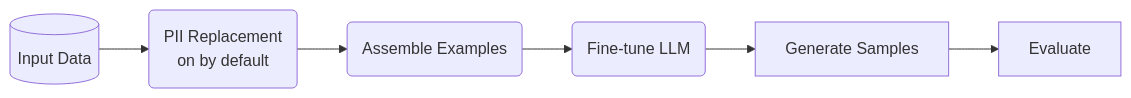
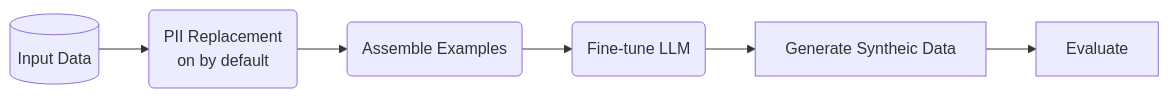
One commit to NVIDIA-NeMo/Safe-Synthesizer changed the diagram in docs/product-overview/pipeline.md. Above: the diagram before and after it, drawn with Mermaid. The commit also changed other lines of this file and 2 other files, not shown here.

````diff
--- a/docs/product-overview/pipeline.md
+++ b/docs/product-overview/pipeline.md
@@ -18,9 +18,9 @@
 ```mermaid
 flowchart LR
     data[("Input Data")]
     data --> pii("PII Replacement\non by default")
     pii --> assemble("Assemble Examples")
     assemble --> train("Fine-tune LLM")
-    train --> generate["Generate Samples"]
+    train --> generate["Generate Syntheic Data"]
     generate --> evaluate["Evaluate"]
 ```
````
